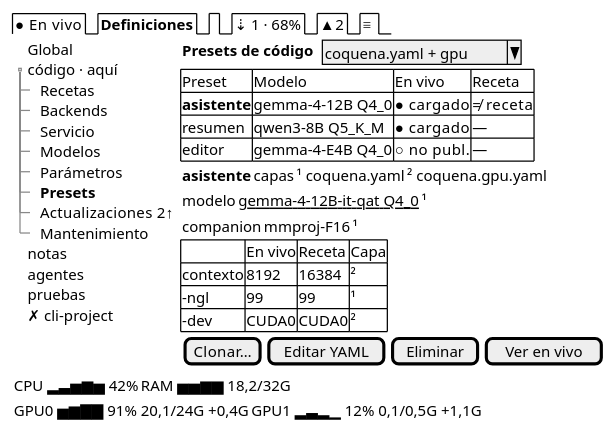
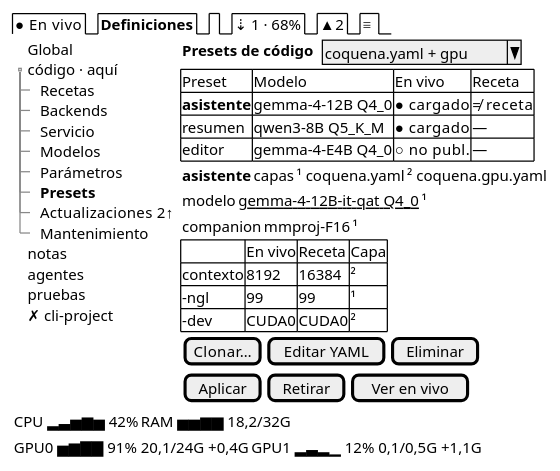
One commit to mstranich/coquena changed the diagram in docs/design/tui/P-definiciones-presets.salt.puml. Above: the diagram before and after it, drawn with PlantUML. The commit also changed 8 other files, not shown here.

First line of the commit message:
feat: Aplicar y Retirar desde la sección Presets

```diff
--- a/docs/design/tui/P-definiciones-presets.salt.puml
+++ b/docs/design/tui/P-definiciones-presets.salt.puml
@@ -1,45 +1,46 @@
 @startsalt
 {
   {/ ● En vivo | <b>Definiciones | . | ⇣ 1 · 68% | ▲ 2 | ≡ }
   {
     {
     {T
       + Global
       + código · aquí
       ++ Recetas
       ++ Backends
       ++ Servicio
       ++ Modelos
       ++ Parámetros
       ++ <b>Presets
       ++ Actualizaciones 2↑
       ++ Mantenimiento
       + notas
       + agentes
       + pruebas
       + ✗ cli-project
     }
     } | {
       { <b>Presets de código | . | ^coquena.yaml + gpu^ }
       {#
         Preset | Modelo | En vivo | Receta
         <b>asistente | gemma-4-12B Q4_0 | ● cargado | ≠ receta
         resumen | qwen3-8B Q5_K_M | ● cargado | —
         editor | gemma-4-E4B Q4_0 | ○ no publ. | —
       }
       { <b>asistente | capas | ¹ coquena.yaml | ² coquena.gpu.yaml }
       { modelo | <u>gemma-4-12B-it-qat Q4_0</u> | ¹ }
       { companion | mmproj-F16 | ¹ }
       {#
         . | En vivo | Receta | Capa
         contexto | 8192 | 16384 | ²
         -ngl | 99 | 99 | ¹
         -dev | CUDA0 | CUDA0 | ²
       }
-      { [Clonar…] | [Editar YAML] | [Eliminar] | [Ver en vivo] }
+      { [Clonar…] | [Editar YAML] | [Eliminar] }
+      { [Aplicar] | [Retirar] | [Ver en vivo] }
     }
   }
   { CPU ▂▃▅▆▅ 42% | RAM ▅▅▆▆ 18,2/32G }
   { GPU0 ▅▆▇▇ 91% 20,1/24G +0,4G | GPU1 ▂▃▂▁ 12% 0,1/0,5G +1,1G }
 }
 @endsalt
```
